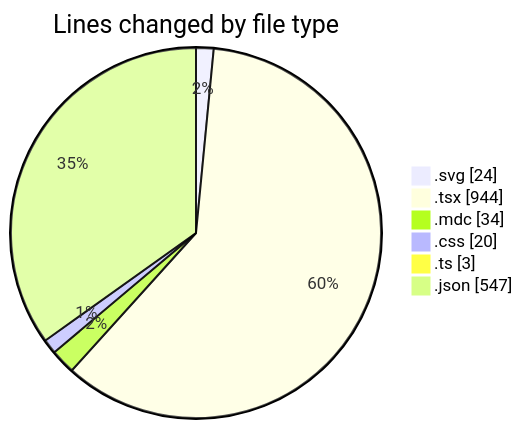
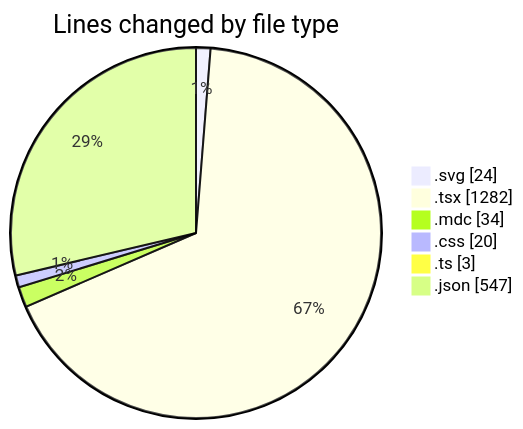
The first of 2 diagrams in 2025-07-18/ribbon/README.md (EIIisD/code-tracking), drawn with Mermaid before and after one commit. The commit also changed other lines of this file and 1 other file, not shown here.

````diff
--- a/2025-07-18/ribbon/README.md
+++ b/2025-07-18/ribbon/README.md
@@ -27,10 +27,10 @@
 ```mermaid
 pie showData
 title Lines changed by file type
 ".svg" : 24
-".tsx" : 944
+".tsx" : 1282
 ".mdc" : 34
 ".css" : 20
 ".ts" : 3
 ".json" : 547
 ```
````
